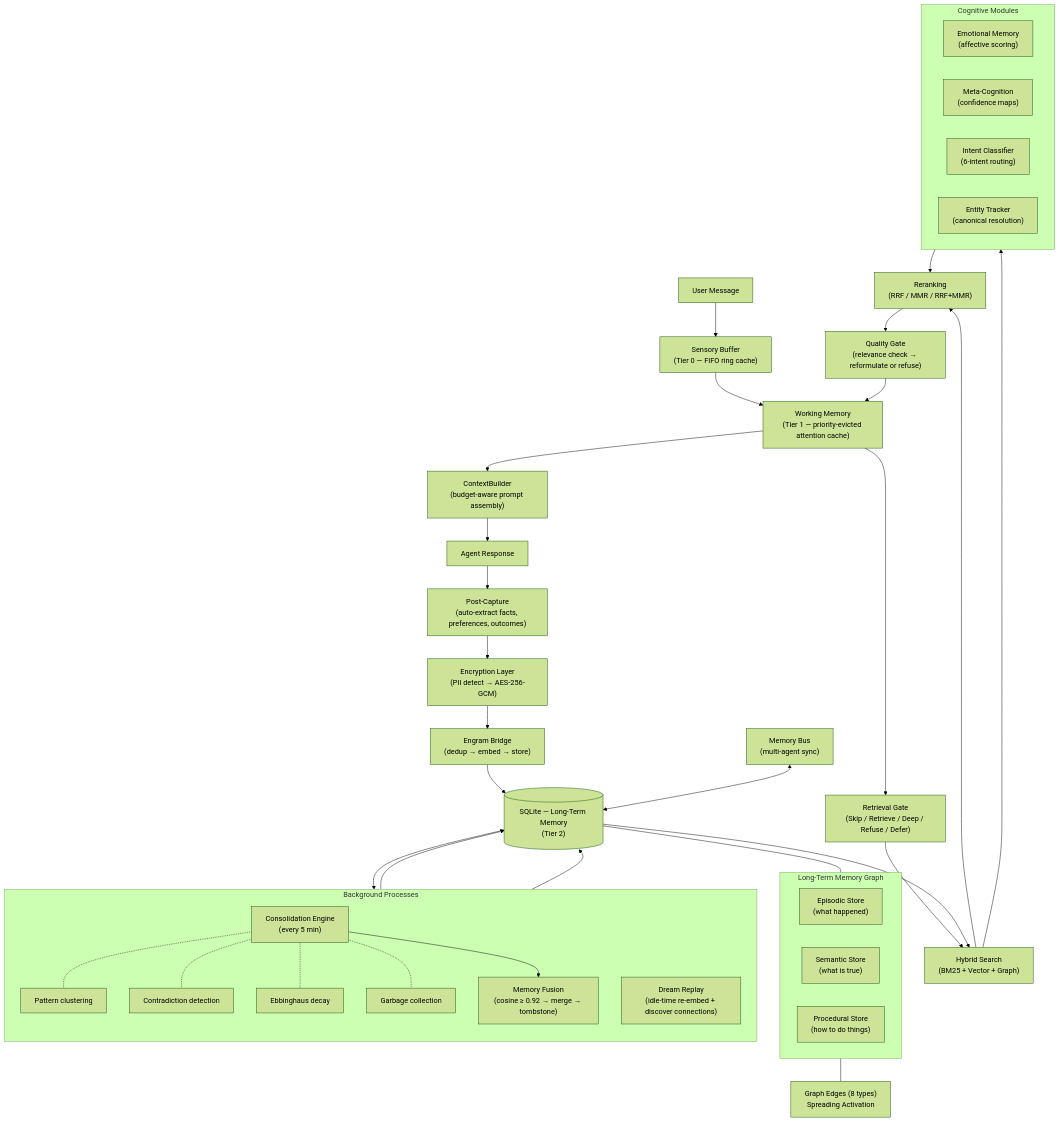
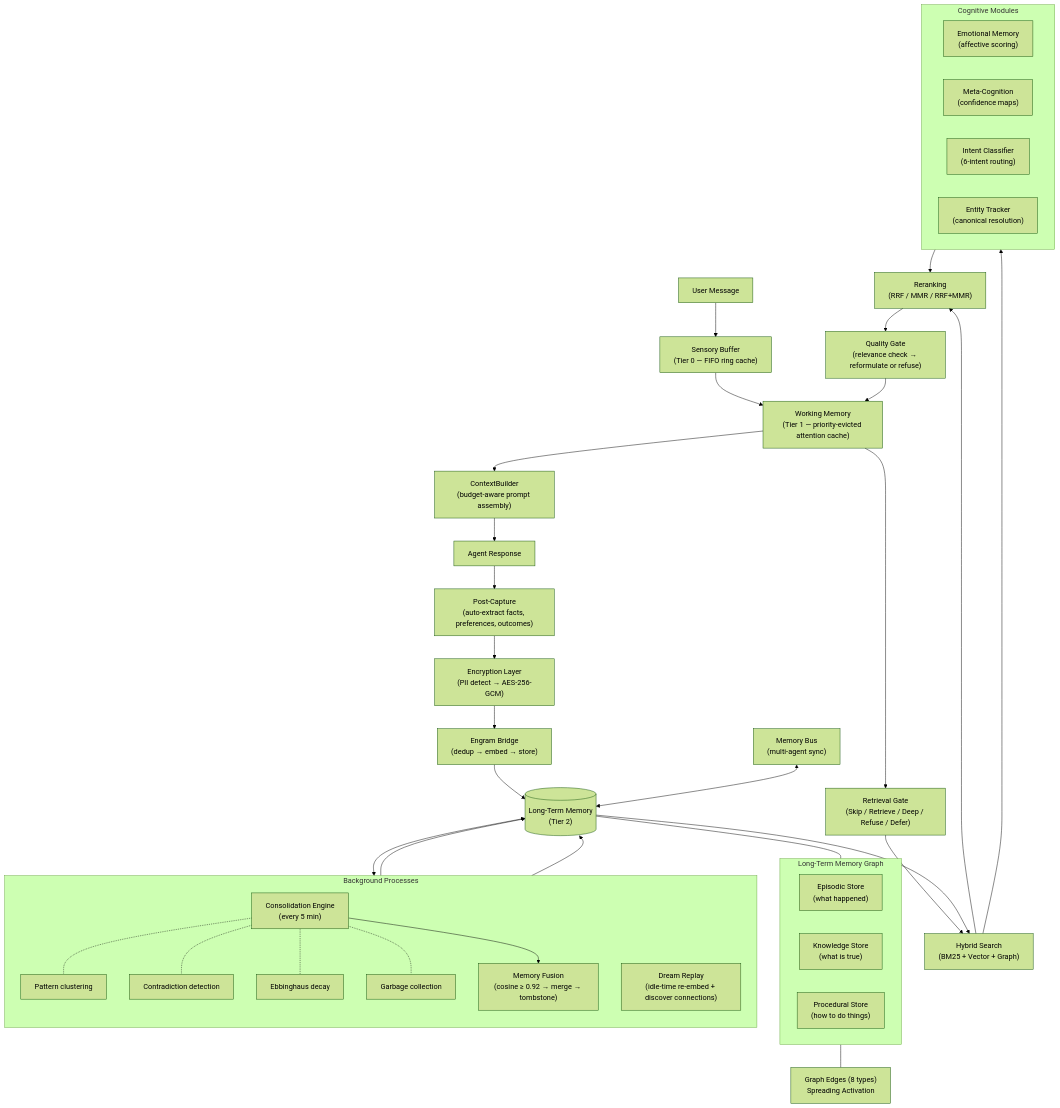
Before and after one commit to OpenPawz/openpawz: the first of 5 diagrams in ENGRAM.md, drawn with Mermaid (forest theme). The commit also changed other lines of this file and 3 other files, not shown here.

First line of the commit message:
fix(mcp): include auth headers on SSE transport POSTs; inject vault credentials in flow executor

````diff
--- a/ENGRAM.md
+++ b/ENGRAM.md
@@ -83,64 +83,64 @@
 ```mermaid
 flowchart TD
     A["User Message"] --> SB["Sensory Buffer\n(Tier 0 — FIFO ring cache)"]
     SB --> WM["Working Memory\n(Tier 1 — priority-evicted attention cache)"]
 
     WM --> CTX["ContextBuilder\n(budget-aware prompt assembly)"]
     CTX --> E["Agent Response"]
 
     E --> CAP["Post-Capture\n(auto-extract facts, preferences, outcomes)"]
     CAP --> ENC["Encryption Layer\n(PII detect → AES-256-GCM)"]
     ENC --> BR["Engram Bridge\n(dedup → embed → store)"]
-    BR --> DB[("SQLite — Long-Term Memory\n(Tier 2)")]
+    BR --> DB[("Long-Term Memory\n(Tier 2)")]
 
     subgraph LTM["Long-Term Memory Graph"]
         direction LR
         G["Episodic Store\n(what happened)"]
-        H["Semantic Store\n(what is true)"]
+        H["Knowledge Store\n(what is true)"]
         I["Procedural Store\n(how to do things)"]
     end
 
     DB --- LTM
     LTM --- J["Graph Edges (8 types)\nSpreading Activation"]
 
     WM --> RG["Retrieval Gate\n(Skip / Retrieve / Deep / Refuse / Defer)"]
     RG --> HS["Hybrid Search\n(BM25 + Vector + Graph)"]
     HS --> RR["Reranking\n(RRF / MMR / RRF+MMR)"]
     RR --> QG["Quality Gate\n(relevance check → reformulate or refuse)"]
     QG --> WM
 
     DB --> HS
 
     subgraph Background["Background Processes"]
         direction TB
         K["Consolidation Engine\n(every 5 min)"]
         K1["Pattern clustering"]
         K2["Contradiction detection"]
         K3["Ebbinghaus decay"]
         K4["Garbage collection"]
         FUS["Memory Fusion\n(cosine ≥ 0.92 → merge → tombstone)"]
         DR["Dream Replay\n(idle-time re-embed + discover connections)"]
     end
 
     DB <--> K
     K -.- K1
     K -.- K2
     K -.- K3
     K -.- K4
     K --> FUS
     FUS --> DB
     DR --> DB
 
     subgraph Cognition["Cognitive Modules"]
         direction LR
         EM["Emotional Memory\n(affective scoring)"]
         MC["Meta-Cognition\n(confidence maps)"]
         IC["Intent Classifier\n(6-intent routing)"]
         ET["Entity Tracker\n(canonical resolution)"]
     end
 
     HS --> Cognition
     Cognition --> RR
 
     MB["Memory Bus\n(multi-agent sync)"] <--> DB
 ```
````
